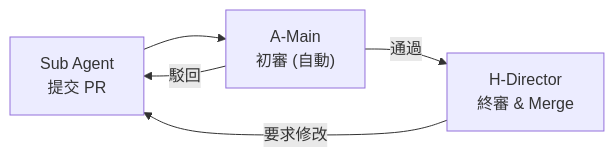
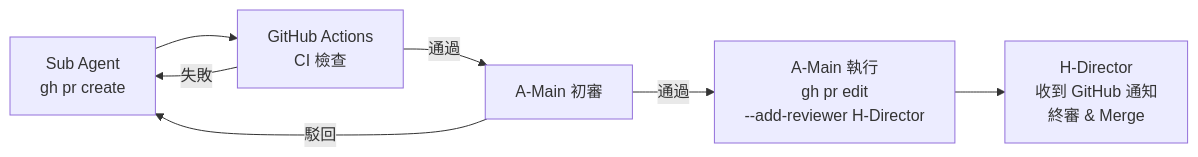
Before and after one commit to robin-li/vibe-money-book: the diagram in .claude/skills/vibe-sdlc-p1-spec/skill.md, drawn with Mermaid. The commit also changed other lines of this file and 1 other file, not shown here.

````diff
--- a/.claude/skills/vibe-sdlc-p1-spec/skill.md
+++ b/.claude/skills/vibe-sdlc-p1-spec/skill.md
@@ -220,7 +254,9 @@
 ```mermaid
 flowchart LR
-    SUB["Sub Agent<br/>提交 PR"] --> MAIN["A-Main<br/>初審 (自動)"]
-    MAIN -->|通過| DIR["H-Director<br/>終審 & Merge"]
+    SUB["Sub Agent<br/>gh pr create"] --> CI["GitHub Actions<br/>CI 檢查"]
+    CI -->|通過| MAIN["A-Main 初審"]
+    CI -->|失敗| SUB
+    MAIN -->|通過| REQ["A-Main 執行<br/>gh pr edit<br/>--add-reviewer H-Director"]
+    REQ --> DIR["H-Director<br/>收到 GitHub 通知<br/>終審 & Merge"]
     MAIN -->|駁回| SUB
-    DIR -->|要求修改| SUB
 ```
````
